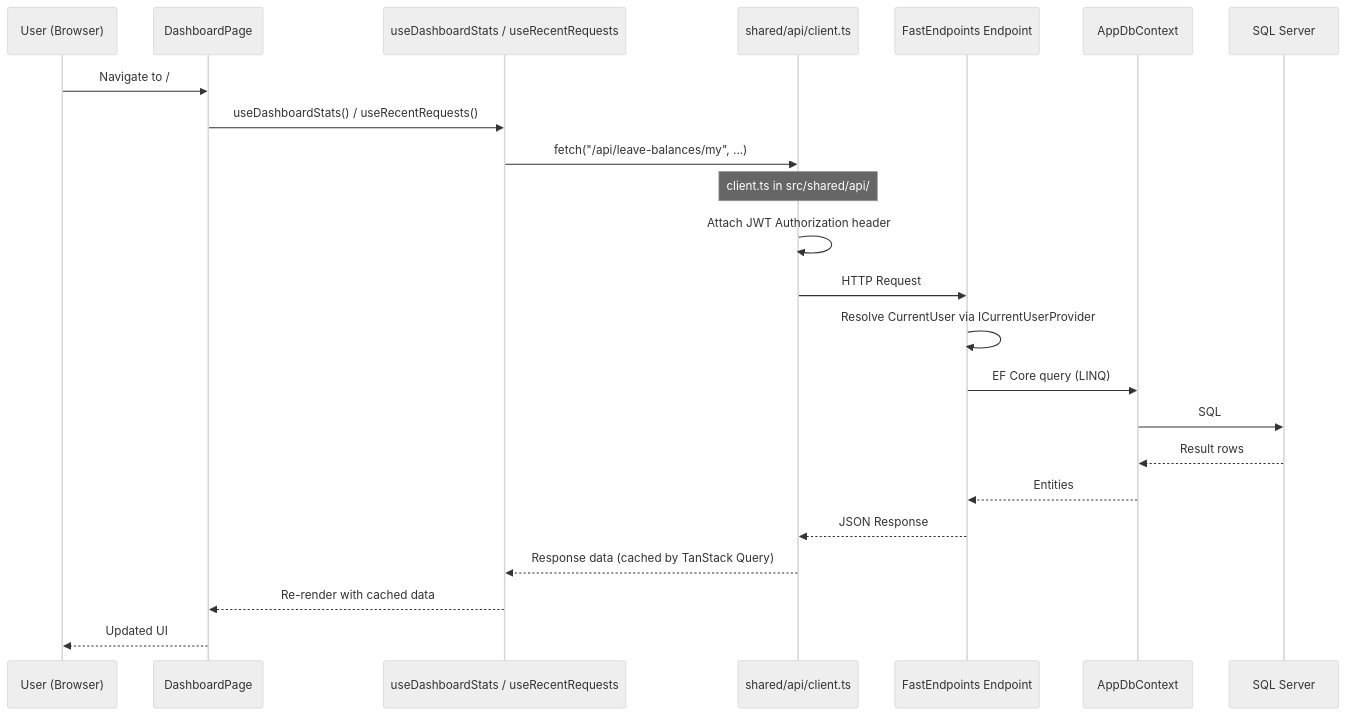
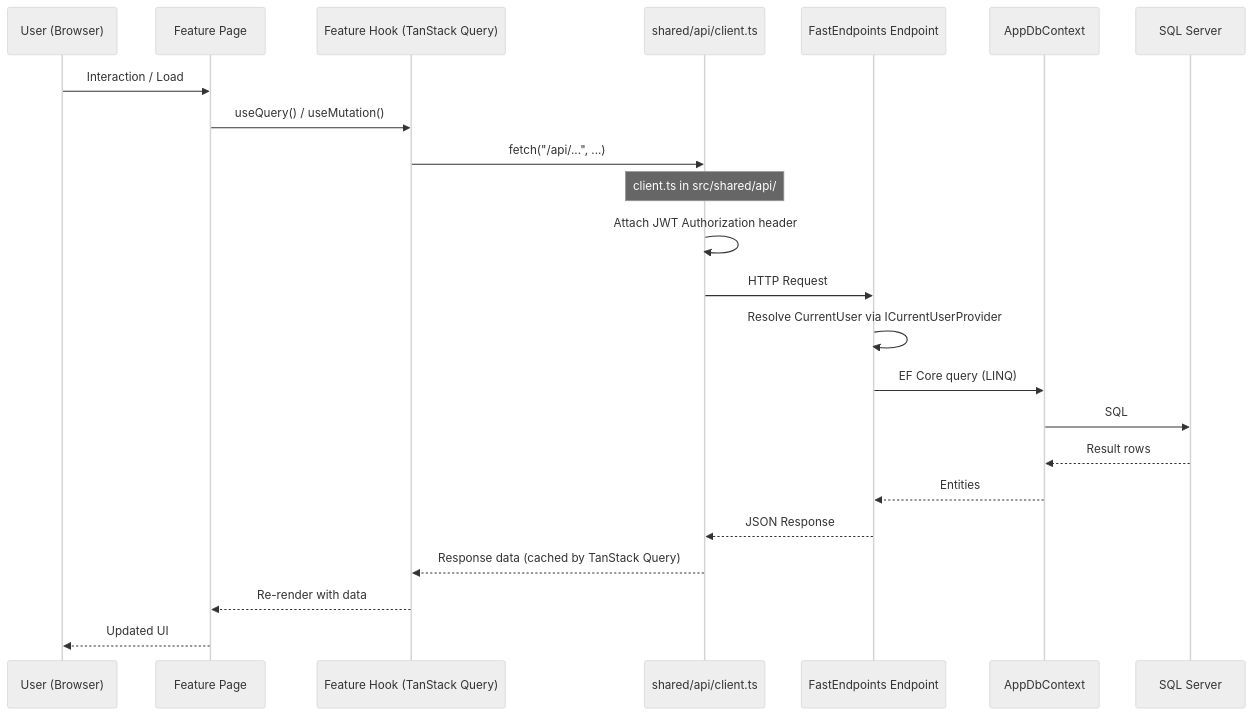
One commit to Ali-AnNT/qlnp-ttcds changed the first of 6 diagrams in docs/system-architecture.md. Above: the diagram before and after it, drawn with Mermaid (neutral theme). The commit also changed other lines of this file and 5 other files, not shown here.

Commit message:
docs: update system architecture and standards for VSA completion

````diff
--- a/docs/system-architecture.md
+++ b/docs/system-architecture.md
@@ -156,26 +156,26 @@
 ```mermaid
 sequenceDiagram
     participant User as User (Browser)
-    participant Component as DashboardPage
-    participant Hook as useDashboardStats / useRecentRequests
+    participant Component as Feature Page
+    participant Hook as Feature Hook (TanStack Query)
     participant API as shared/api/client.ts
     participant FE as FastEndpoints Endpoint
     participant DbCtx as AppDbContext
     participant DB as SQL Server
 
-    User->>Component: Navigate to /
-    Component->>Hook: useDashboardStats() / useRecentRequests()
-    Hook->>API: fetch("/api/leave-balances/my", ...)
+    User->>Component: Interaction / Load
+    Component->>Hook: useQuery() / useMutation()
+    Hook->>API: fetch("/api/...", ...)
     Note over API: client.ts in src/shared/api/
     API->>API: Attach JWT Authorization header
     API->>FE: HTTP Request
     FE->>FE: Resolve CurrentUser via ICurrentUserProvider
     FE->>DbCtx: EF Core query (LINQ)
     DbCtx->>DB: SQL
     DB-->>DbCtx: Result rows
     DbCtx-->>FE: Entities
     FE-->>API: JSON Response
     API-->>Hook: Response data (cached by TanStack Query)
-    Hook-->>Component: Re-render with cached data
+    Hook-->>Component: Re-render with data
     Component-->>User: Updated UI
 ```
````
